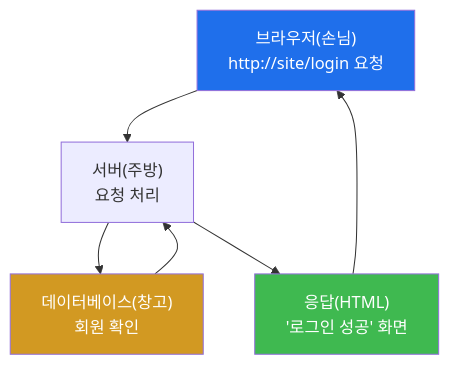
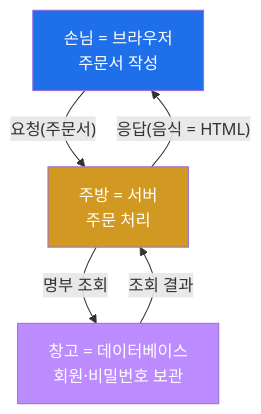
Before and after one commit to mrgrit/easy_web_hacking_class: the first of 9 diagrams in contents/training/lecture_week03.md, drawn with Mermaid. The commit also changed other lines of this file and 23 other files, not shown here.

````diff
--- a/contents/training/lecture_week03.md
+++ b/contents/training/lecture_week03.md
@@ -78,11 +110,10 @@
 ```mermaid
 graph TD
-    A["브라우저(손님)<br/>http://site/login 요청"] --> B["서버(주방)<br/>요청 처리"]
-    B --> C["데이터베이스(창고)<br/>회원 확인"]
-    C --> B
-    B --> D["응답(HTML)<br/>'로그인 성공' 화면"]
-    D --> A
+    A["손님 = 브라우저<br/>주문서 작성"] -->|"요청(주문서)"| B["주방 = 서버<br/>주문 처리"]
+    B -->|"명부 조회"| C["창고 = 데이터베이스<br/>회원·비밀번호 보관"]
+    C -->|"조회 결과"| B
+    B -->|"응답(음식 = HTML)"| A
     style A fill:#1f6feb,color:#fff
-    style C fill:#d29922,color:#fff
-    style D fill:#3fb950,color:#fff
+    style B fill:#d29922,color:#fff
+    style C fill:#bc8cff,color:#fff
 ```
````
